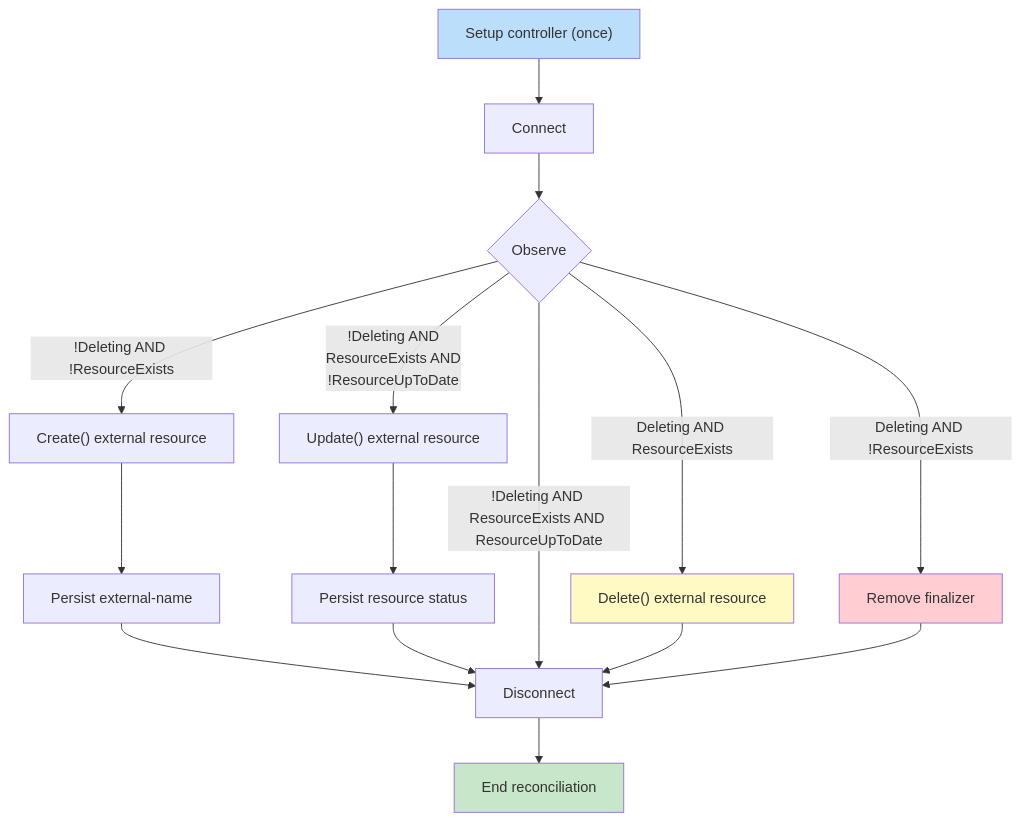
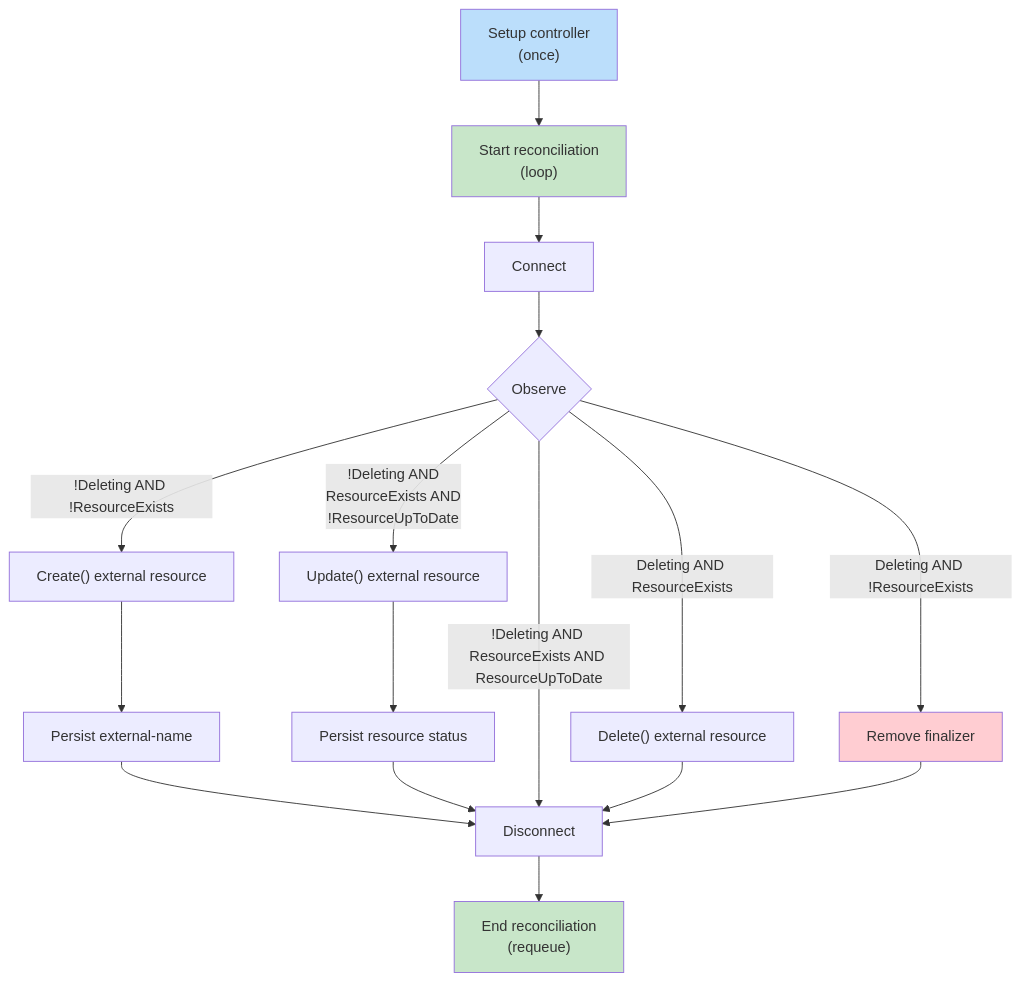
The diagram in content/blog/2026/jun/crossplane-providers/index.md (brunoluiz/brunoluiz.github.io), drawn with Mermaid before and after one commit. The commit also changed other lines of this file, not shown here.

````diff
--- a/content/blog/2026/jun/crossplane-providers/index.md
+++ b/content/blog/2026/jun/crossplane-providers/index.md
@@ -56,27 +56,29 @@
 ```mermaid
 flowchart TD
-    Setup["Setup controller (once)"] --> Connect["Connect"]
+    Setup["Setup controller<br/>(once)"] --> Start
+    Start["Start reconciliation<br/>(loop)"] --> Connect
     Connect --> Observe{"Observe"}
 
     Observe -- "!Deleting AND !ResourceExists" --> Create["Create() external resource"]
     Create --> CreateName["Persist external-name"]
     CreateName --> Disconnect["Disconnect"]
 
     Observe -- "!Deleting AND<br/>ResourceExists AND<br/>!ResourceUpToDate" --> Update["Update() external resource"]
     Update --> UpdateStatus["Persist resource status"]
     UpdateStatus --> Disconnect
 
     Observe -- "!Deleting AND ResourceExists AND ResourceUpToDate" --> Disconnect
 
     Observe -- "Deleting AND ResourceExists" --> Delete["Delete() external resource"]
     Delete --> Disconnect
     Observe -- "Deleting AND !ResourceExists" --> Removed["Remove finalizer"]
     Removed --> Disconnect
 
-    Disconnect --> End["End reconciliation"]
+    Disconnect --> End["End reconciliation<br/>(requeue)"]
 
     style Setup fill:#BBDEFB
+    style Start fill:#C8E6C9
     style End fill:#C8E6C9
-    style Delete fill:#FFF9C4
+    style Delete fill:#
     style Removed fill:#FFCDD2
 ```
````
